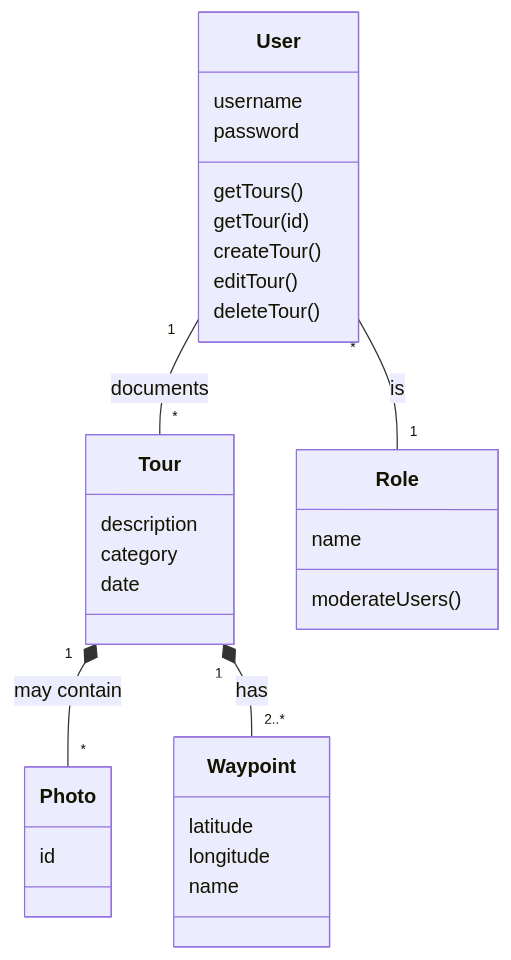
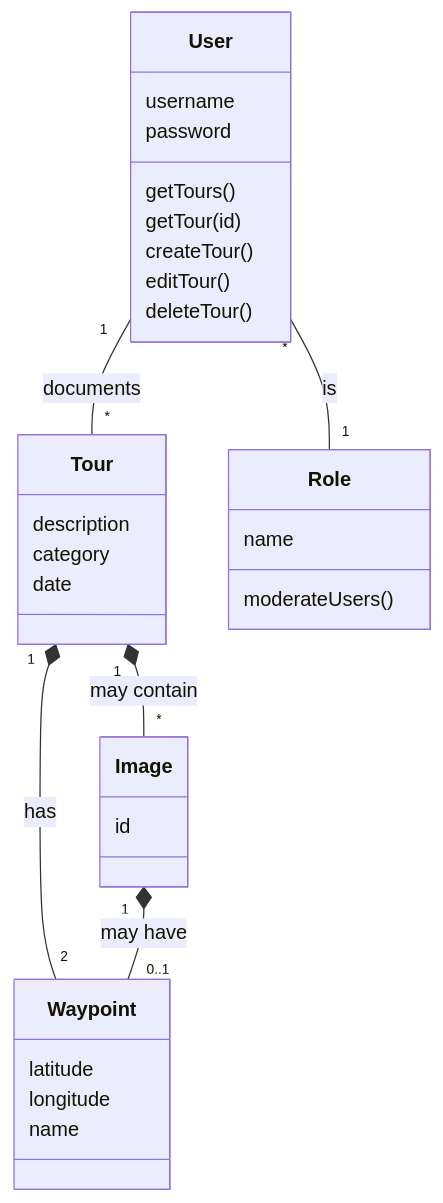
The diagram in docs/domain/domain-model.md (gipfeli-io/documentation), drawn with Mermaid before and after one commit. The commit also changed other lines of this file and 1 other file, not shown here.

````diff
--- a/docs/domain/domain-model.md
+++ b/docs/domain/domain-model.md
@@ -9,35 +16,36 @@
 ```mermaid
 classDiagram
     class User {
         username
         password
         
         getTours()
         getTour(id)
         createTour()
         editTour()
         deleteTour()
     }
     class Tour {
         description
         category
         date
     }
-    class Photo {
+    class Image {
         id
     }
     class Waypoint {
         latitude
         longitude
         name
     }
     class Role {
         name
         moderateUsers()
     }
     
     User "*" -- "1" Role : is
     User "1" -- "*" Tour : documents
-    Tour "1" *-- "*" Photo : may contain
-    Tour "1" *-- "2..*" Waypoint : has    
+    Tour "1" *-- "*" Image : may contain
+    Tour "1" *-- "2" Waypoint : has   
+    Image "1" *-- "0..1" Waypoint : may have   
 ```
````
